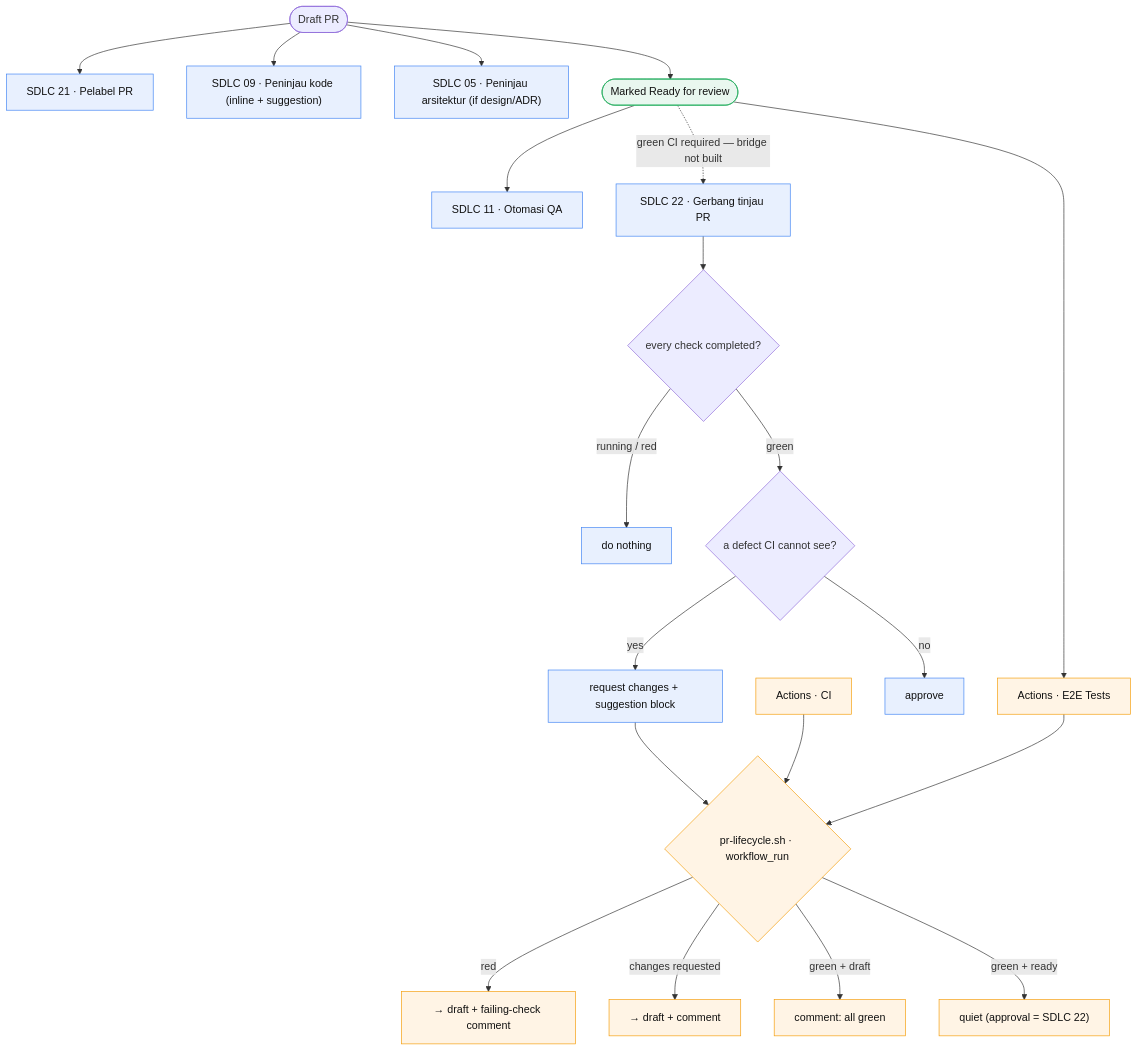
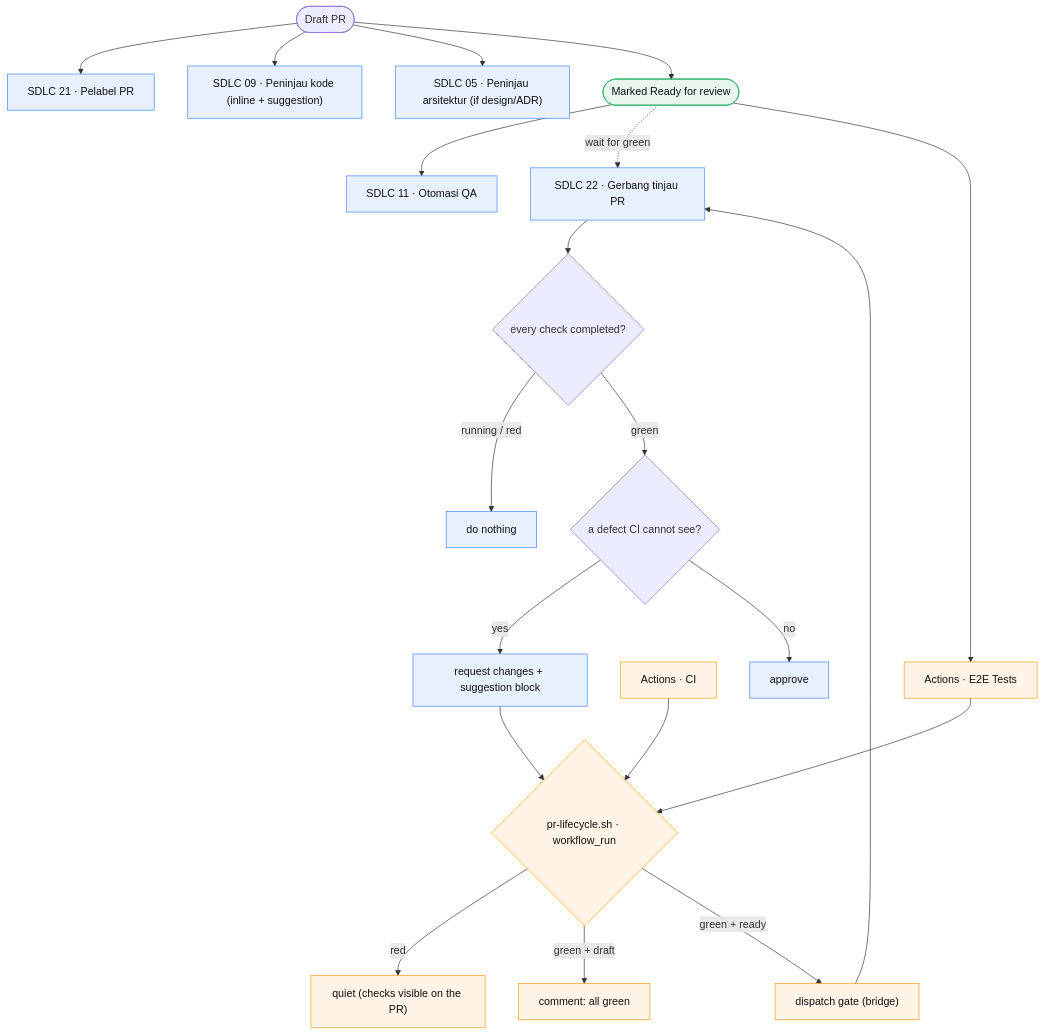
The third of 5 diagrams in docs/SDLC-FLOW.md (ypcipansor/cipansor), drawn with Mermaid before and after one commit. The commit also changed other lines of this file and 3 other files, not shown here.

First line of the commit message:
fix(ci-guards): stop drafting PRs and dispatch the review gate on green

````diff
--- a/docs/SDLC-FLOW.md
+++ b/docs/SDLC-FLOW.md
@@ -107,29 +108,28 @@
 ```mermaid
 flowchart TD
   classDef cloud fill:#e8f0fe,stroke:#4285f4,color:#111;
   classDef gh fill:#fff4e5,stroke:#f59e0b,color:#111;
   classDef human fill:#e9f7ef,stroke:#27ae60,color:#111;
 
   DPR([Draft PR]) --> C21["SDLC 21 · Pelabel PR"]:::cloud
   DPR --> C9["SDLC 09 · Peninjau kode (inline + suggestion)"]:::cloud
   DPR --> C5["SDLC 05 · Peninjau arsitektur (if design/ADR)"]:::cloud
   DPR --> RDY(["Marked Ready for review"]):::human
 
   RDY --> C11["SDLC 11 · Otomasi QA"]:::cloud
-  RDY -. "green CI required — bridge not built" .-> C22["SDLC 22 · Gerbang tinjau PR"]:::cloud
+  RDY -. "wait for green" .-> C22["SDLC 22 · Gerbang tinjau PR"]:::cloud
   RDY --> E2E["Actions · E2E Tests"]:::gh
   CI["Actions · CI"]:::gh --> LC
 
   E2E --> LC{"pr-lifecycle.sh · workflow_run"}:::gh
-  LC -- red --> DR["→ draft + failing-check comment"]:::gh
-  LC -- "changes requested" --> DR2["→ draft + comment"]:::gh
+  LC -- red --> RQ["quiet (checks visible on the PR)"]:::gh
   LC -- "green + draft" --> GC["comment: all green"]:::gh
-  LC -- "green + ready" --> QUIET["quiet (approval = SDLC 22)"]:::gh
+  LC -- "green + ready" --> DISP["dispatch gate (bridge)"]:::gh --> C22
 
   C22 --> DEC{"every check completed?"}
   DEC -- "running / red" --> STOP["do nothing"]:::cloud
   DEC -- green --> REV{"a defect CI cannot see?"}
   REV -- yes --> RC["request changes + suggestion block"]:::cloud
   REV -- no --> APP["approve"]:::cloud
   RC --> LC
 ```
````
